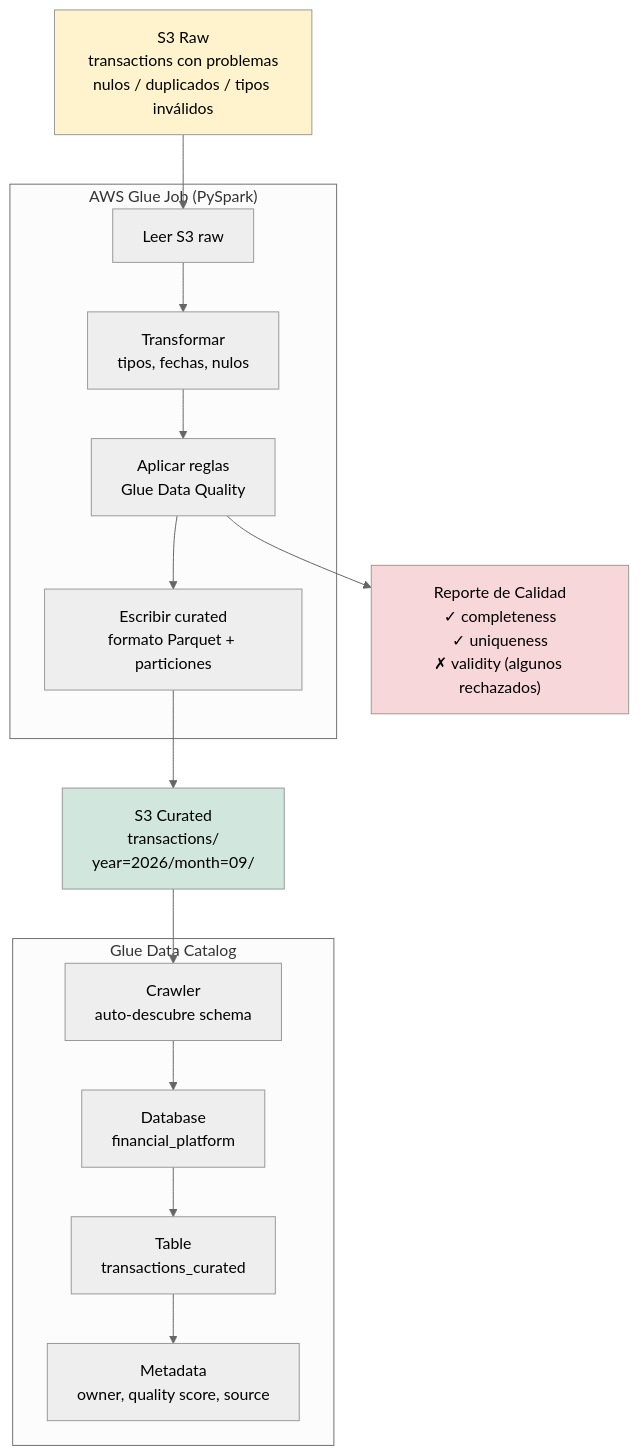
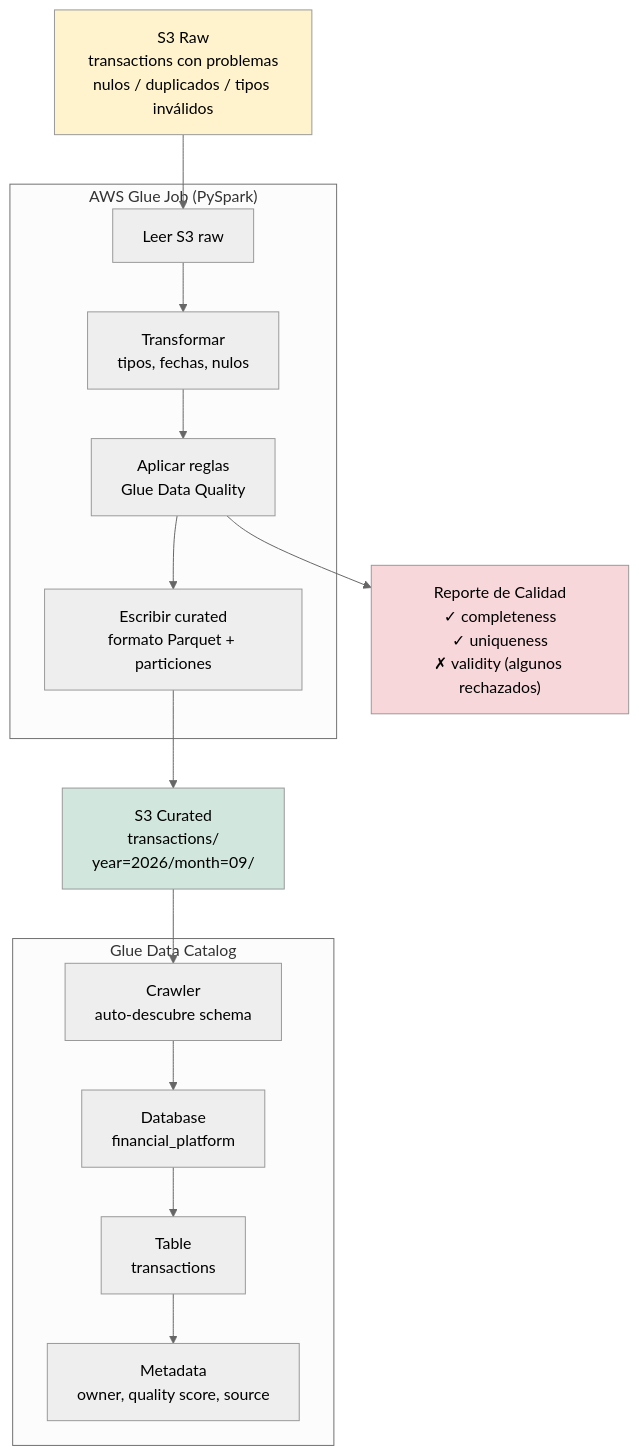
The third of 5 diagrams in docs/architecture.md (8infinitecloud/aws-ug-databases-for-ia), drawn with Mermaid (neutral theme) before and after one commit. The commit also changed 39 other files, not shown here.

````diff
--- a/docs/architecture.md
+++ b/docs/architecture.md
@@ -117,37 +117,37 @@
 ```mermaid
 flowchart TD
     S3RAW["S3 Raw\ntransactions con problemas\nnulos / duplicados / tipos inválidos"]
 
     subgraph GLUE_JOB["AWS Glue Job (PySpark)"]
         READ[Leer S3 raw]
         CLEAN[Transformar\ntipos, fechas, nulos]
         VALIDATE[Aplicar reglas\nGlue Data Quality]
         WRITE[Escribir curated\nformato Parquet + particiones]
     end
 
     subgraph CATALOG_BLOCK["Glue Data Catalog"]
         CRAWLER[Crawler\nauto-descubre schema]
         DB[Database\nfinancial_platform]
-        TABLE[Table\ntransactions_curated]
+        TABLE[Table\ntransactions]
         META[Metadata\nowner, quality score, source]
     end
 
     S3CURATED["S3 Curated\ntransactions/\nyear=2026/month=09/"]
 
     QUALITY_REPORT["Reporte de Calidad\n✓ completeness\n✓ uniqueness\n✗ validity (algunos rechazados)"]
 
     S3RAW --> READ
     READ --> CLEAN
     CLEAN --> VALIDATE
     VALIDATE --> WRITE
     WRITE --> S3CURATED
     VALIDATE --> QUALITY_REPORT
     S3CURATED --> CRAWLER
     CRAWLER --> DB
     DB --> TABLE
     TABLE --> META
 
     style S3RAW fill:#fff3cd
     style S3CURATED fill:#d1e7dd
     style QUALITY_REPORT fill:#f8d7da
 ```
````
